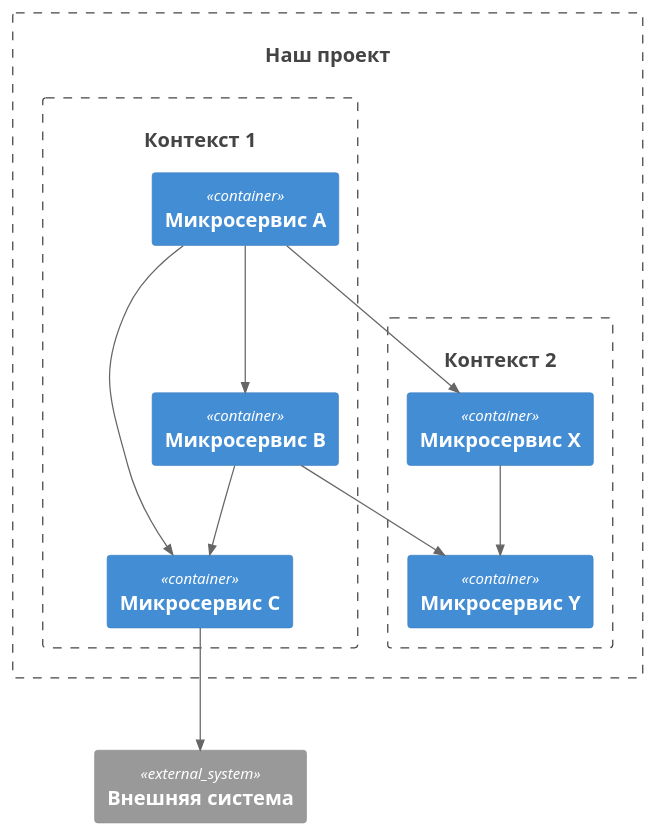
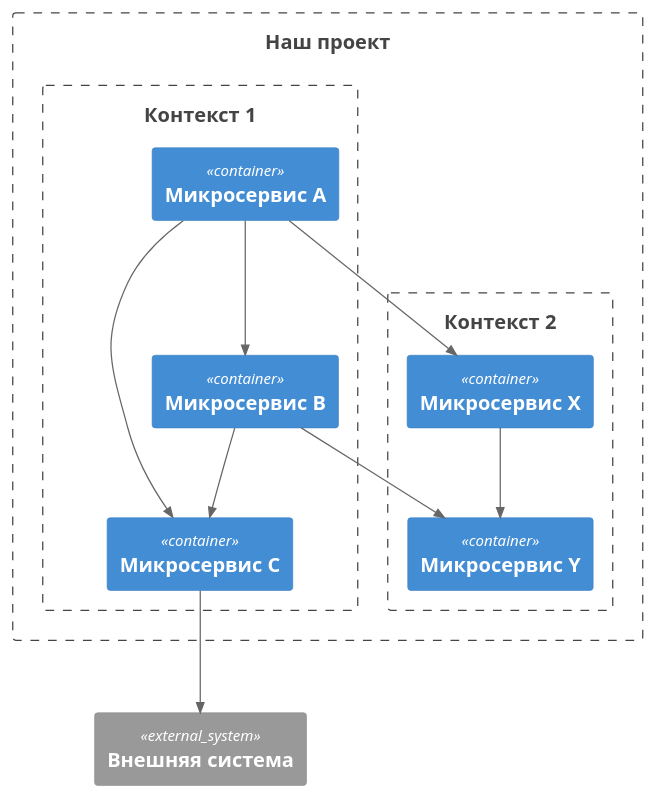
The diagram in architecture/boundaries.puml (Byndyusoft/aact), drawn with PlantUML before and after one commit. The commit also changed 2 other files, not shown here.

```diff
--- a/architecture/boundaries.puml
+++ b/architecture/boundaries.puml
@@ -1,31 +1,31 @@
 @startuml "Demo Tests"
 !include https://raw.githubusercontent.com/plantuml-stdlib/C4-PlantUML/master/C4_Container.puml
 
 System_Ext(ext, "Внешняя система")
 
-Boundary(boundary0, "Наш проект", $tags="project"){
+Boundary(boundary0, "Наш проект"){
 
-        Boundary(boundary1, "Контекст 1", $tags="context"){
+        Boundary(boundary1, "Контекст 1"){
                 Container(service1, "Микросервис A")
                 Container(service2, "Микросервис B")
                 Container(service3, "Микросервис C")
         }
 
-        Boundary(boundary2, "Контекст 2", $tags="context"){
+        Boundary(boundary2, "Контекст 2"){
                 Container(service4, "Микросервис X")
                 Container(service5, "Микросервис Y")
         }
 }
 
 Rel(service1, service2, "")
 Rel(service1, service3, "")
 Rel(service2, service3, "")
 
 Rel(service1, service4, "")
 Rel(service2, service5, "")
 
 Rel(service4, service5, "")
 
 Rel(service3, ext, "")
 
 @enduml
```
